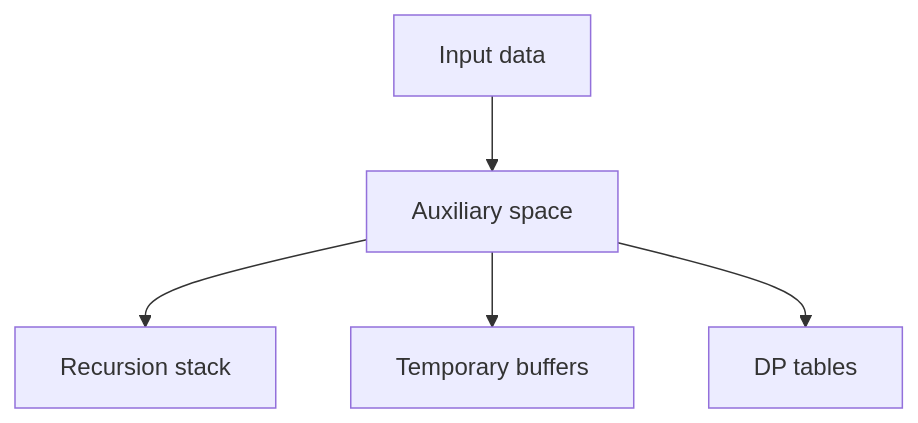
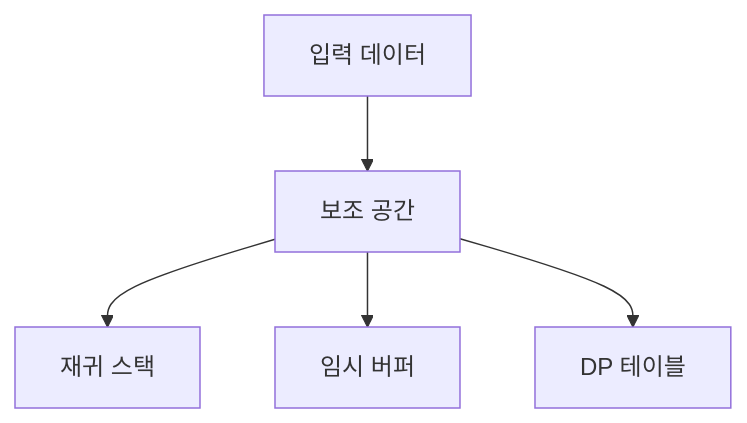
The second of 43 diagrams in _posts/cs-note/2026-02-27-data-structure.md (mandoobox/mandoobox.github.io), drawn with Mermaid before and after one commit. The commit also changed other lines of this file and 18 other files, not shown here.

````diff
--- a/_posts/cs-note/2026-02-27-data-structure.md
+++ b/_posts/cs-note/2026-02-27-data-structure.md
@@ -44,7 +44,7 @@
 ```mermaid
 flowchart TD
-  Input[Input data] --> Aux[Auxiliary space]
-  Aux --> Stack[Recursion stack]
-  Aux --> Temp[Temporary buffers]
-  Aux --> Table[DP tables]
+  Input[입력 데이터] --> Aux[보조 공간]
+  Aux --> Stack[재귀 스택]
+  Aux --> Temp[임시 버퍼]
+  Aux --> Table[DP 테이블]
 ```
````
